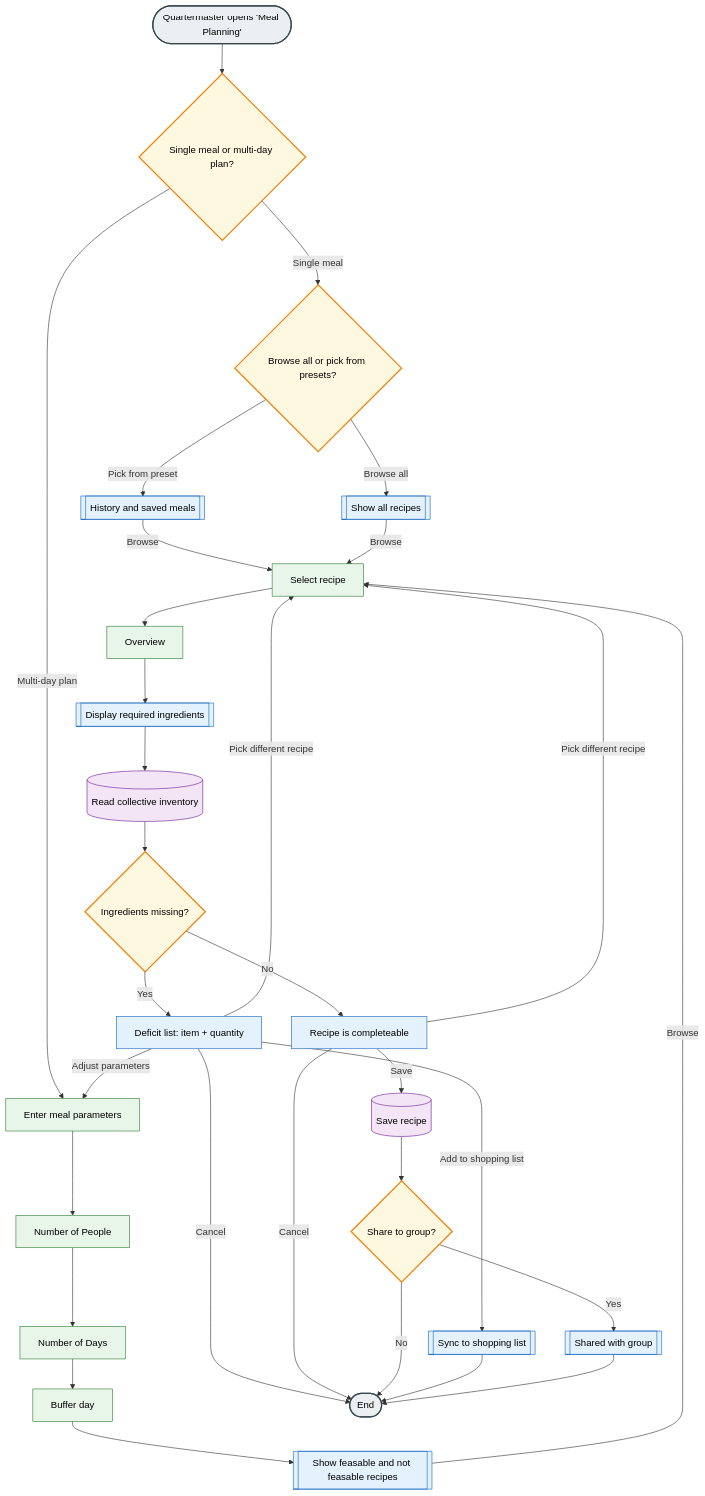
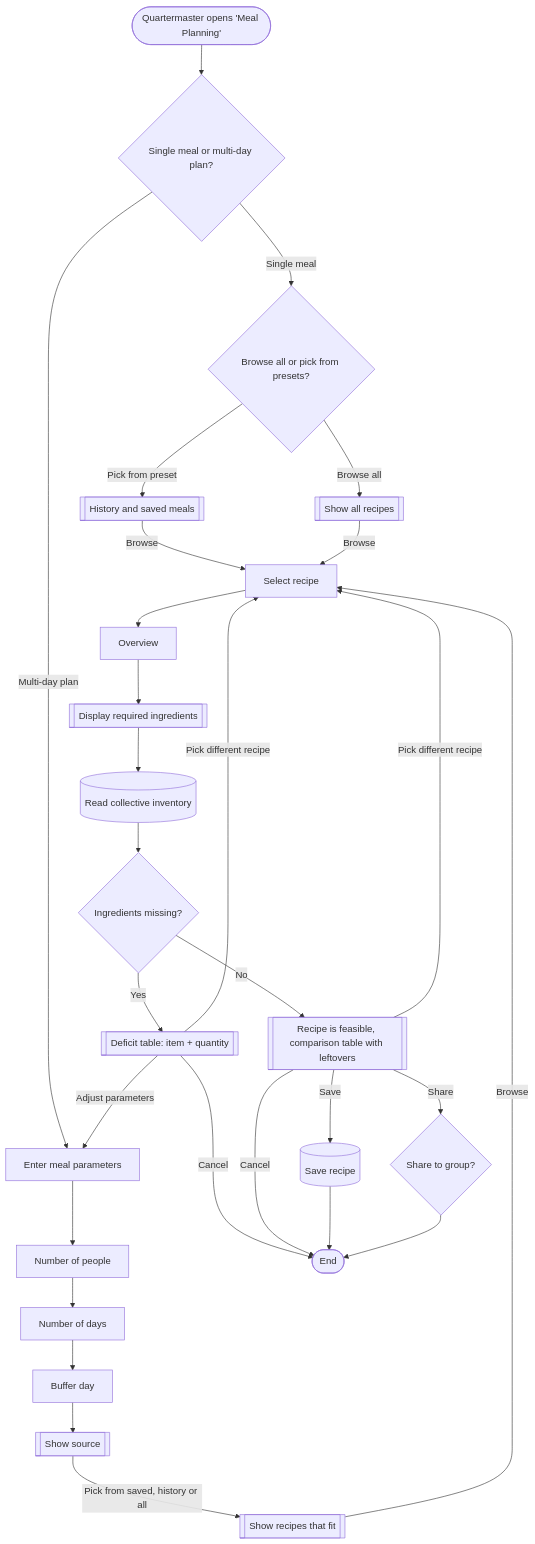
Before and after one commit to The-Fellowship-of-the-Five/The-Fellowship-of-the-Code-2026: the diagram in artifacts/artifact-2/artifact-2-deciding.md, drawn with Mermaid.

````diff
--- a/artifacts/artifact-2/artifact-2-deciding.md
+++ b/artifacts/artifact-2/artifact-2-deciding.md
@@ -24,47 +24,37 @@
 ```mermaid
 flowchart TB
-    Start(["Quartermaster opens 'Meal Planning'"])
-    Start --> Q{Single meal or multi-day plan?}
-    Q -->|Single meal| C
-    Q -->|Multi-day plan| B
-    C{Browse all or pick from presets?}
-    C -->|Browse all| R
-    C -->|Pick from preset| X[[History and saved meals]] --> |Browse| H
-    B[Enter meal parameters] --> D[Number of People]
-    D --> E[Number of Days]
+    Start(["Quartermaster opens 'Meal Planning'"]) --> Q{Single meal or multi-day plan?}
+    Q -->|Single meal| C{Browse all or pick from presets?}
+    Q -->|Multi-day plan| B[Enter meal parameters]
+    C -->|Browse all| R[[Show all recipes]]
+    C -->|Pick from preset| X[[History and saved meals]]
+    X -->|Browse| H[Select recipe]
+    B --> D[Number of people]
+    D --> E[Number of days]
     E --> F[Buffer day]
-    F --> G[[Show feasable and not feasable recipes]]
-    R[[Show all recipes]]
+    F --> G1[[Show source]]
+    G1 -->|Pick from saved, history or all| G[[Show recipes that fit]]
     G -->|Browse| H
     R -->|Browse| H
-    H[Select recipe] --> T[Overview]
+    H --> T[Overview]
     T --> H2[[Display required ingredients]]
     H2 --> Z[(Read collective inventory)]
     Z --> I{Ingredients missing?}
-    I -->|Yes| L[Deficit list: item + quantity]
-    I -->|No| M[Recipe is completeable]
-    L -->|Add to shopping list| K[[Sync to shopping list]]
+    I -->|Yes| L[[Deficit table: item + quantity]]
+    I -->|No| M[[Recipe is feasible, comparison table with leftovers]]
     L -->|Adjust parameters| B
     L -->|Pick different recipe| H
-    L -->|Cancel| ZZ
+    L -->|Cancel| ZZ([End])
     M -->|Save| N[(Save recipe)]
+    M -->|Share| S{Share to group?}
     M -->|Pick different recipe| H
     M -->|Cancel| ZZ
-    N --> S{Share to group?}
-    S -->|Yes| O[[Shared with group]]
-    S -->|No| ZZ
-    K --> ZZ
-    O --> ZZ
-    ZZ([End])
+    N --> ZZ
+    S --> ZZ
 
-     classDef decision fill:#fff8e1,stroke:#f57c00,stroke-width:2px,color:#000
+    classDef decision fill:#fff8e1,stroke:#f57c00,stroke-width:2px,color:#000
     classDef system fill:#e3f2fd,stroke:#1565c0,color:#000
     classDef data fill:#f3e5f5,stroke:#6a1b9a,color:#000
     classDef user fill:#e8f5e9,stroke:#2e7d32,color:#000
     classDef endpoint fill:#eceff1,stroke:#37474f,stroke-width:2px,color:#000
-    class Q,C,I,S decision
-    class G,R,H2,K,O,X,L,M system
-    class Z,N data
-    class B,D,E,F,H,T user
-    class Start,ZZ endpoint
 ```
````
